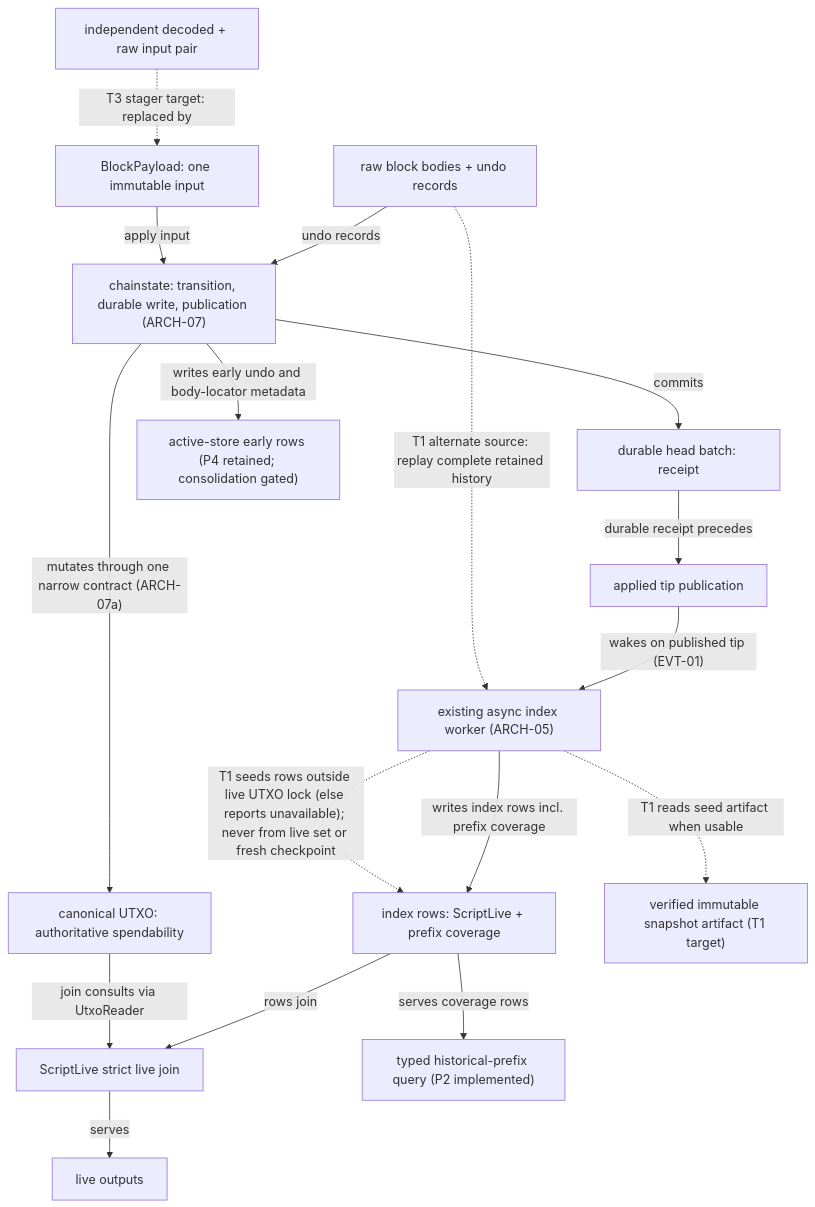
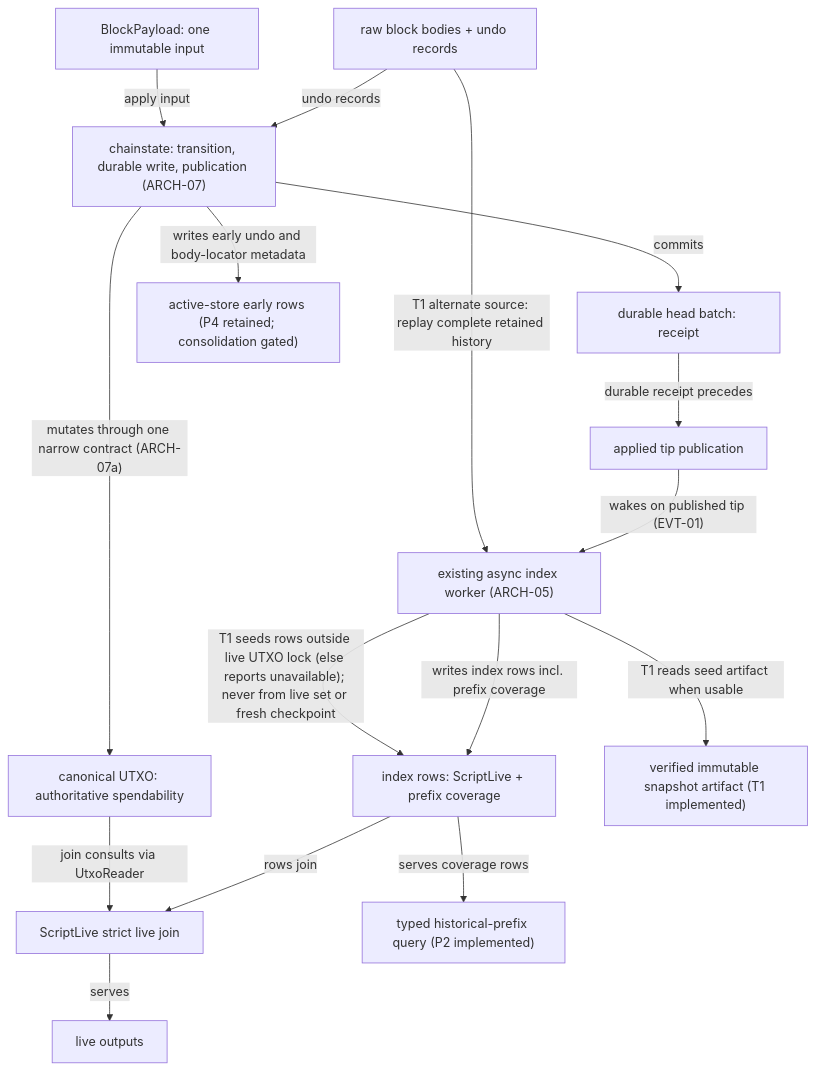
The diagram in docs/contracts/architecture.md (gosuda/bitcoin-rs), drawn with Mermaid before and after one commit. The commit also changed other lines of this file and 1 other file, not shown here.

First line of the commit message:
Publish implemented payload and seed architecture

````diff
--- a/docs/contracts/architecture.md
+++ b/docs/contracts/architecture.md
@@ -673,20 +672,19 @@
 ```mermaid
 flowchart TD
     BODY["raw block bodies + undo records"] -->|"undo records"| CS["chainstate: transition, durable write, publication (ARCH-07)"]
     BP["BlockPayload: one immutable input"] -->|"apply input"| CS
     CS -->|"mutates through one narrow contract (ARCH-07a)"| UTXO["canonical UTXO: authoritative spendability"]
     CS -->|"commits"| HB["durable head batch: receipt"]
     HB -->|"durable receipt precedes"| TIP["applied tip publication"]
     TIP -->|"wakes on published tip (EVT-01)"| WORKER["existing async index worker (ARCH-05)"]
     WORKER -->|"writes index rows incl. prefix coverage"| ROWS["index rows: ScriptLive + prefix coverage"]
     ROWS -->|"rows join"| SL["ScriptLive strict live join"]
     UTXO -->|"join consults via UtxoReader"| SL
     SL -->|"serves"| LIVE["live outputs"]
     CS -->|"writes early undo and body-locator metadata"| ER["active-store early rows (P4 retained; consolidation gated)"]
     ROWS -->|"serves coverage rows"| HIST["typed historical-prefix query (P2 implemented)"]
 
-    WORKER -.->|"T1 reads seed artifact when usable"| SNAP["verified immutable snapshot artifact (T1 target)"]
-    BODY -.->|"T1 alternate source: replay complete retained history"| WORKER
-    WORKER -.->|"T1 seeds rows outside live UTXO lock (else reports unavailable); never from live set or fresh checkpoint"| ROWS
-    PAIR["independent decoded + raw input pair"] -.->|"T3 stager target: replaced by"| BP
+    WORKER -->|"T1 reads seed artifact when usable"| SNAP["verified immutable snapshot artifact (T1 implemented)"]
+    BODY -->|"T1 alternate source: replay complete retained history"| WORKER
+    WORKER -->|"T1 seeds rows outside live UTXO lock (else reports unavailable); never from live set or fresh checkpoint"| ROWS
 ```
````
